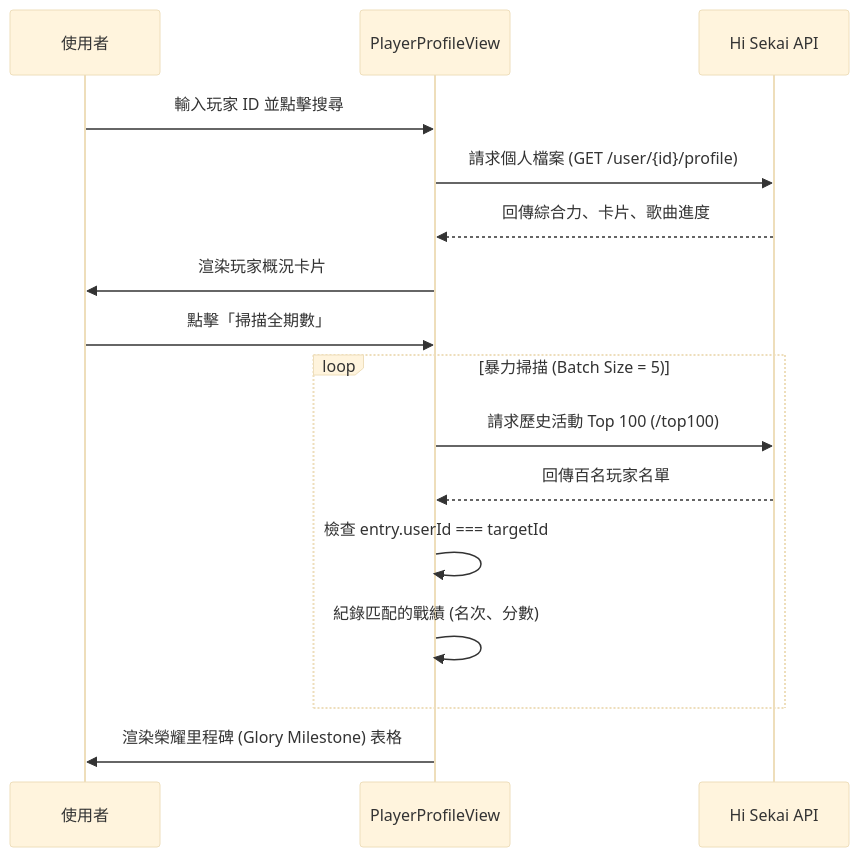
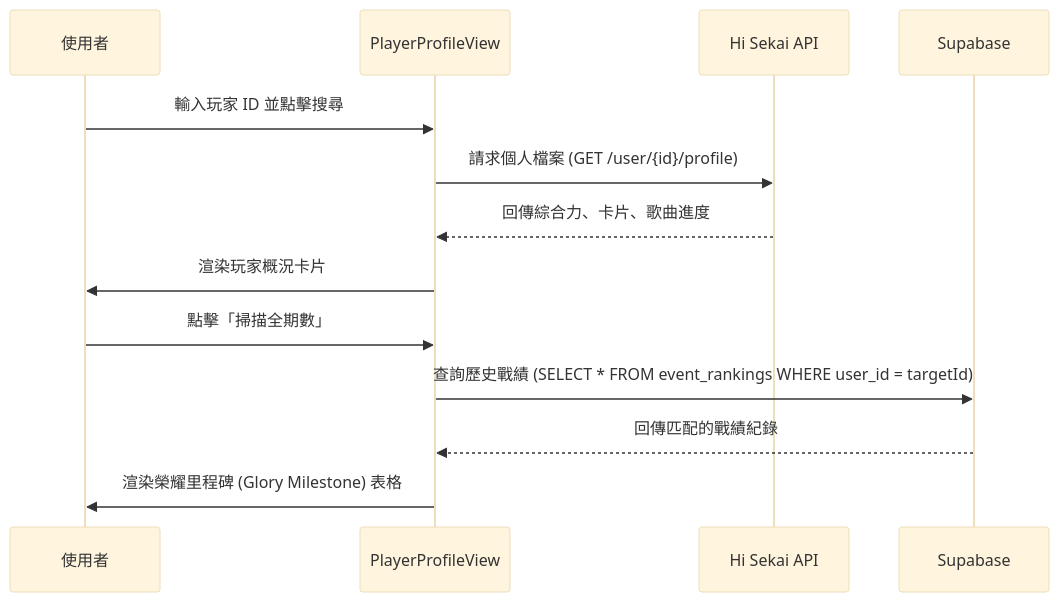
The diagram in docs/PAGE_PLAYER_PROFILE.md (rockzerox/Project-Sekai-Ranking), drawn with Mermaid (base theme) before and after one commit. The commit also changed other lines of this file and 65 other files, not shown here.

````diff
--- a/docs/PAGE_PLAYER_PROFILE.md
+++ b/docs/PAGE_PLAYER_PROFILE.md
@@ -72,20 +73,17 @@
 ```mermaid
 sequenceDiagram
     participant User as 使用者
     participant View as PlayerProfileView
     participant API as Hi Sekai API
+    participant DB as Supabase
 
     User->>View: 輸入玩家 ID 並點擊搜尋
     View->>API: 請求個人檔案 (GET /user/{id}/profile)
     API-->>View: 回傳綜合力、卡片、歌曲進度
     View->>User: 渲染玩家概況卡片
     
     User->>View: 點擊「掃描全期數」
-    loop 暴力掃描 (Batch Size = 5)
-        View->>API: 請求歷史活動 Top 100 (/top100)
-        API-->>View: 回傳百名玩家名單
-        View->>View: 檢查 entry.userId === targetId
-        View->>View: 紀錄匹配的戰績 (名次、分數)
-    end
+    View->>DB: 查詢歷史戰績 (SELECT * FROM event_rankings WHERE user_id = targetId)
+    DB-->>View: 回傳匹配的戰績紀錄
     View->>User: 渲染榮耀里程碑 (Glory Milestone) 表格
 ```
````
